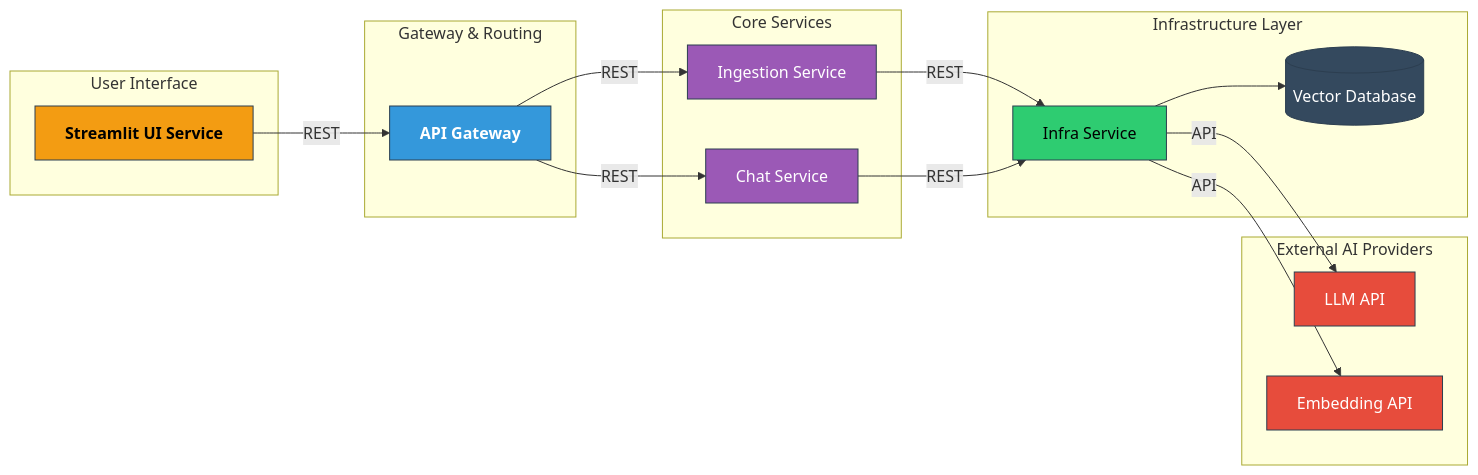
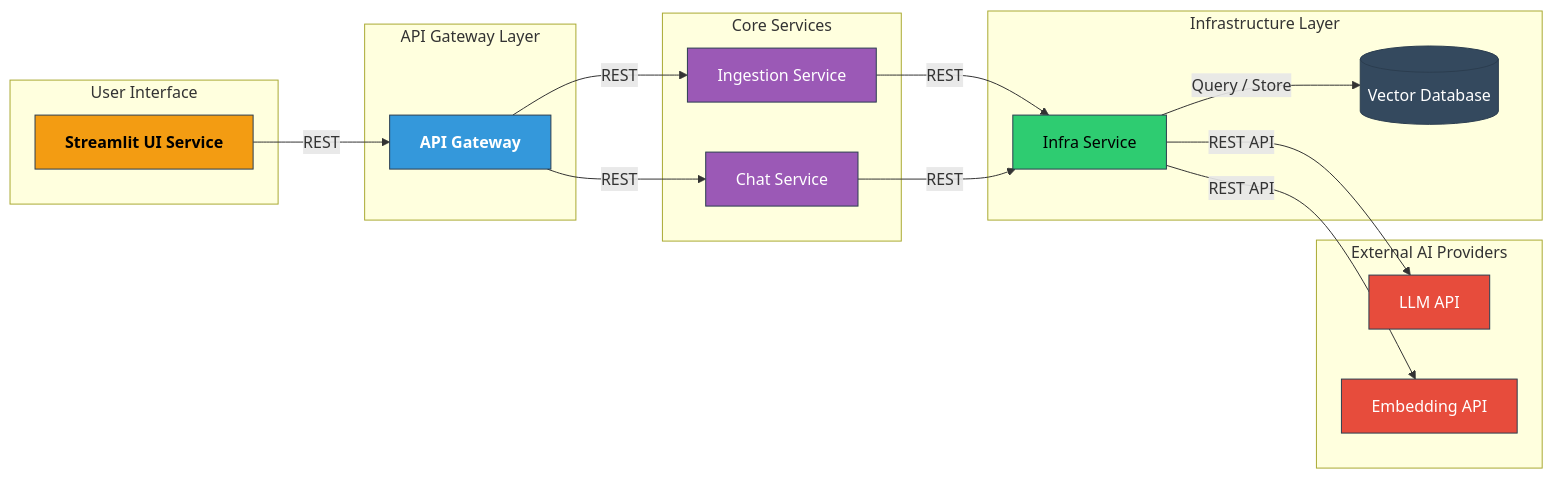
Before and after one commit to oubes/finance-expense-tracker: the diagram in README.md, drawn with Mermaid. The commit also changed other lines of this file, not shown here.

First line of the commit message:
Revise README with architecture and configuration info

````diff
--- a/README.md
+++ b/README.md
@@ -23,54 +23,51 @@
 ```mermaid
 flowchart LR
 
-    %% -------- Layers --------
     subgraph UI_Layer [User Interface]
         Streamlit[Streamlit UI Service]
     end
 
-    subgraph Orchestration_Layer [Gateway & Routing]
+    subgraph Orchestration_Layer [API Gateway Layer]
         AGW[API Gateway]
     end
 
-    subgraph Service_Mesh [Core Services]
+    subgraph Service_Layer [Core Services]
         IGS[Ingestion Service]
         CMS[Chat Service]
     end
 
-    subgraph Heavy_Lift [Infrastructure Layer]
+    subgraph Infra_Layer [Infrastructure Layer]
         INF[Infra Service]
         VDB[(Vector Database)]
     end
 
-    subgraph External_Providers [External AI Providers]
+    subgraph External_AI [External AI Providers]
         LLM[LLM API]
         EMB[Embedding API]
     end
 
-    %% -------- Flow --------
     Streamlit -->|REST| AGW
     AGW -->|REST| IGS
     AGW -->|REST| CMS
-    
+
     IGS -->|REST| INF
     CMS -->|REST| INF
-    
-    INF --> VDB
-    INF -->|API| LLM
-    INF -->|API| EMB
 
-    %% -------- Styling --------
+    INF -->|Query / Store| VDB
+    INF -->|REST API| LLM
+    INF -->|REST API| EMB
+
     classDef ui fill:#f39c12,stroke:#2c3e50,color:#000,font-weight:bold;
     classDef gateway fill:#3498db,stroke:#2c3e50,color:#fff,font-weight:bold;
     classDef service fill:#9b59b6,stroke:#2c3e50,color:#fff;
     classDef infra fill:#2ecc71,stroke:#2c3e50,color:#000;
     classDef db fill:#34495e,stroke:#2c3e50,color:#fff;
     classDef external fill:#e74c3c,stroke:#2c3e50,color:#fff;
 
     class Streamlit ui;
     class AGW gateway;
     class IGS,CMS service;
     class INF infra;
     class VDB db;
     class LLM,EMB external;
 ```
````
